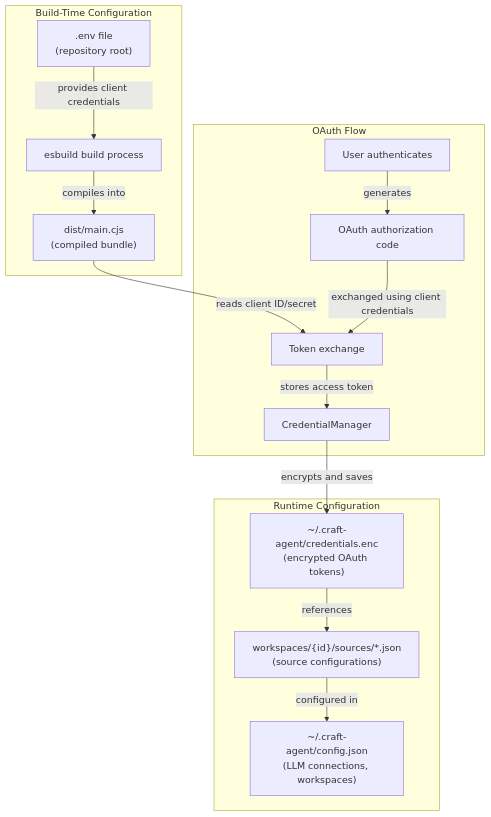
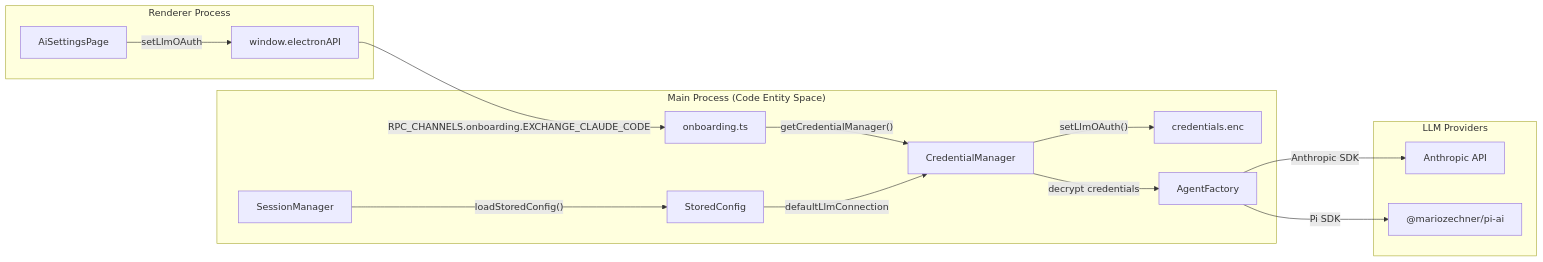
One commit to blackcater/zentree changed the second of 2 diagrams in docs/lukilabs_craft-agents-oss/getting-started/environment-configuration.md. Above: the diagram before and after it, drawn with Mermaid. The commit also changed other lines of this file and 232 other files, not shown here.

````diff
--- a/docs/lukilabs_craft-agents-oss/getting-started/environment-configuration.md
+++ b/docs/lukilabs_craft-agents-oss/getting-started/environment-configuration.md
@@ -355,33 +107,21 @@
 ```mermaid
-graph TB
-    subgraph "Build-Time Configuration"
-        EnvFile[".env file<br/>(repository root)"]
-        ESBuildProcess["esbuild build process"]
-        MainCJS["dist/main.cjs<br/>(compiled bundle)"]
+graph LR
+    subgraph "Renderer Process"
+        UI["AiSettingsPage"] -->|"setLlmOAuth"| API["window.electronAPI"]
     end
-
-    subgraph "Runtime Configuration"
-        ConfigJSON["~/.craft-agent/config.json<br/>(LLM connections, workspaces)"]
-        CredentialsEnc["~/.craft-agent/credentials.enc<br/>(encrypted OAuth tokens)"]
-        SourcesJSON["workspaces/{id}/sources/*.json<br/>(source configurations)"]
+    
+    subgraph "Main Process (Code Entity Space)"
+        API -->|"RPC_CHANNELS.onboarding.EXCHANGE_CLAUDE_CODE"| OH["onboarding.ts"]
+        OH -->|"getCredentialManager()"| CM["CredentialManager"]
+        CM -->|"setLlmOAuth()"| ENC["credentials.enc"]
+        
+        SM["SessionManager"] -->|"loadStoredConfig()"| SC["StoredConfig"]
+        SC -->|"defaultLlmConnection"| CM
+        CM -->|"decrypt credentials"| AG["AgentFactory"]
     end
-
-    subgraph "OAuth Flow"
-        UserAuth["User authenticates"]
-        OAuthCode["OAuth authorization code"]
-        TokenExchange["Token exchange"]
-        CredManager["CredentialManager"]
+    
+    subgraph "LLM Providers"
+        AG -->|"Anthropic SDK"| Ant["Anthropic API"]
+        AG -->|"Pi SDK"| Pi["@mariozechner/pi-ai"]
     end
-
-    EnvFile -->|"provides client credentials"| ESBuildProcess
-    ESBuildProcess -->|"compiles into"| MainCJS
-    MainCJS -->|"reads client ID/secret"| TokenExchange
-
-    UserAuth -->|"generates"| OAuthCode
-    OAuthCode -->|"exchanged using client credentials"| TokenExchange
-    TokenExchange -->|"stores access token"| CredManager
-    CredManager -->|"encrypts and saves"| CredentialsEnc
-
-    CredentialsEnc -->|"references"| SourcesJSON
-    SourcesJSON -->|"configured in"| ConfigJSON
 ```
````
